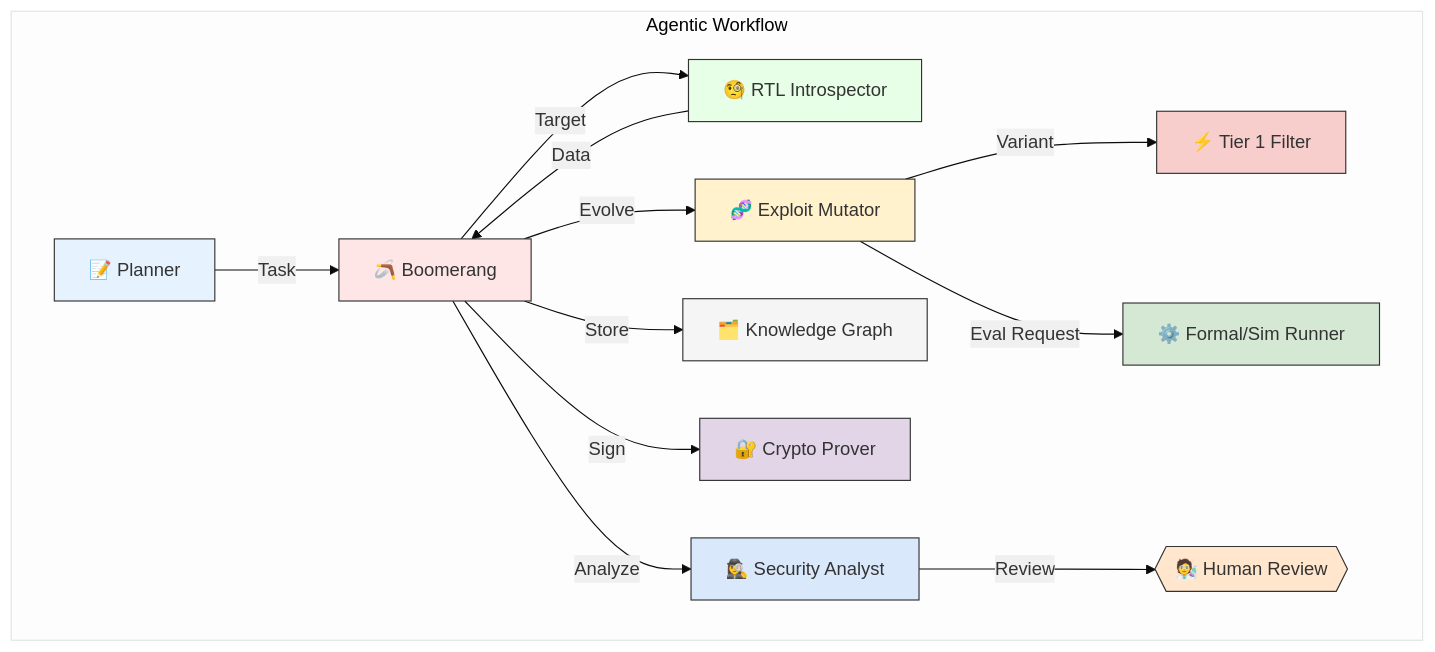
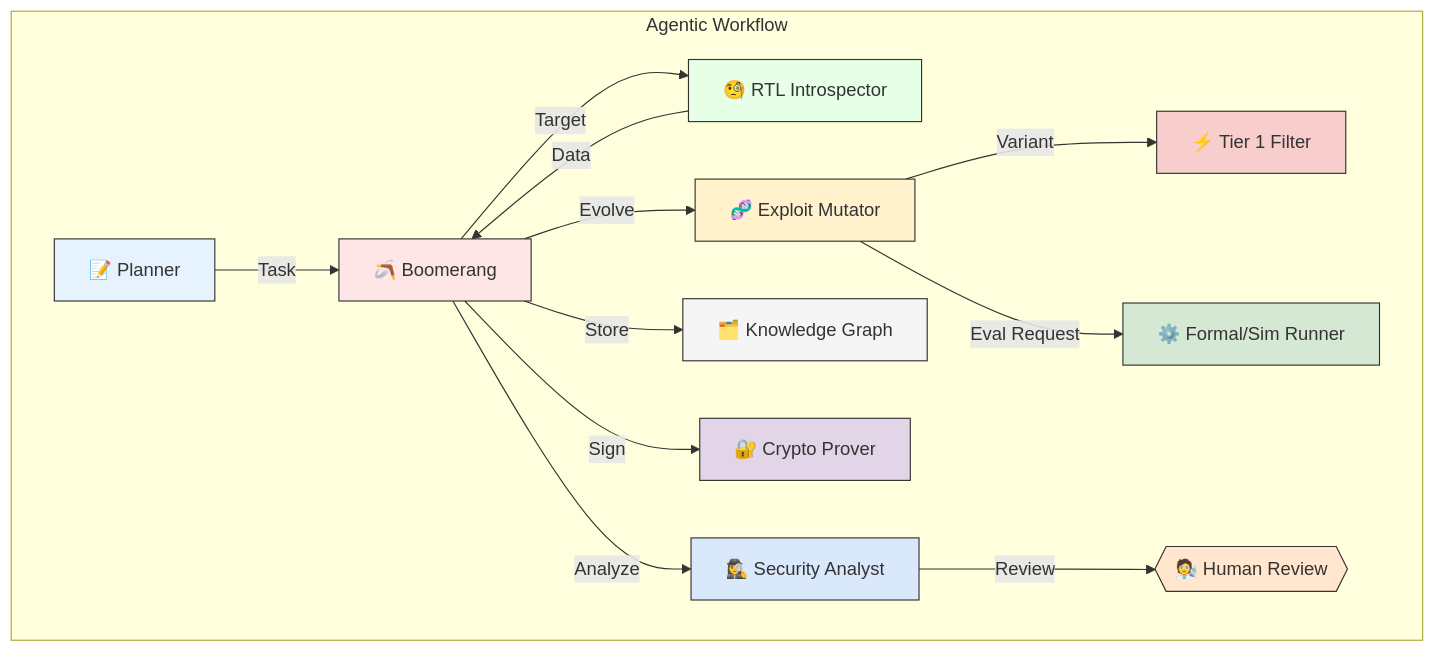
One commit to grahama1970/draper changed the first of 2 diagrams in draper_exploit_evo/README.md. Above: the diagram before and after it, drawn with Mermaid. The commit also changed other lines of this file and 82 other files, not shown here.

````diff
--- a/draper_exploit_evo/README.md
+++ b/draper_exploit_evo/README.md
@@ -75,31 +75,38 @@
 ```mermaid
-%%{init: {'theme': 'base', 'themeVariables': { 'primaryColor': '#f0f0f0'}}}%%
+%%{init: { 'theme': 'base', 'themeVariables': {
+  'fontFamily': '"Gotham", "Mulish", sans-serif',
+  'primaryColor': '#F6F4EE',
+  'primaryTextColor': '#10181F',
+  'lineColor': '#10181F',
+  'secondaryColor': '#dcdcdc',
+  'tertiaryColor': '#555'
+}}}%%
 graph TD
     subgraph "Agentic Workflow"
         Planner["📝 Planner"]:::planner -->|"Task"| Boomerang["🪃 Boomerang"]:::boomerang
         Boomerang -->|"Target"| RTLIntrospector["🧐 RTL Introspector"]:::rtl
         RTLIntrospector -->|"Data"| Boomerang
         
         Boomerang -->|"Evolve"| Mutator["🧬 Exploit Mutator"]:::mutator
         Mutator -->|"Variant"| Tier1Filter["⚡ Tier 1 Filter"]:::filter
         Mutator -->|"Eval Request"| FormalSimRunner["⚙️ Formal/Sim Runner"]:::runner
         
         Boomerang -->|"Store"| ArangoDB["🗂️ Knowledge Graph"]:::db
         Boomerang -->|"Sign"| CryptoProver["🔐 Crypto Prover"]:::crypto
         
         Boomerang -->|"Analyze"| Analyst["🕵️‍♀️ Security Analyst"]:::analyst
         Analyst -->|"Review"| Human{{"🧑‍🔬 Human Review"}}:::human
     end
 
     classDef planner fill:#e6f3ff,stroke:#333
     classDef boomerang fill:#ffe6e6,stroke:#333
     classDef rtl fill:#e6ffe6,stroke:#333
     classDef mutator fill:#fff2cc,stroke:#333
     classDef filter fill:#f8cecc,stroke:#333
     classDef runner fill:#d5e8d4,stroke:#333
     classDef db fill:#f5f5f5,stroke:#333
     classDef crypto fill:#e1d5e7,stroke:#333
     classDef analyst fill:#dae8fc,stroke:#333
     classDef human fill:#ffe6cc,stroke:#333
 
 ```
````
